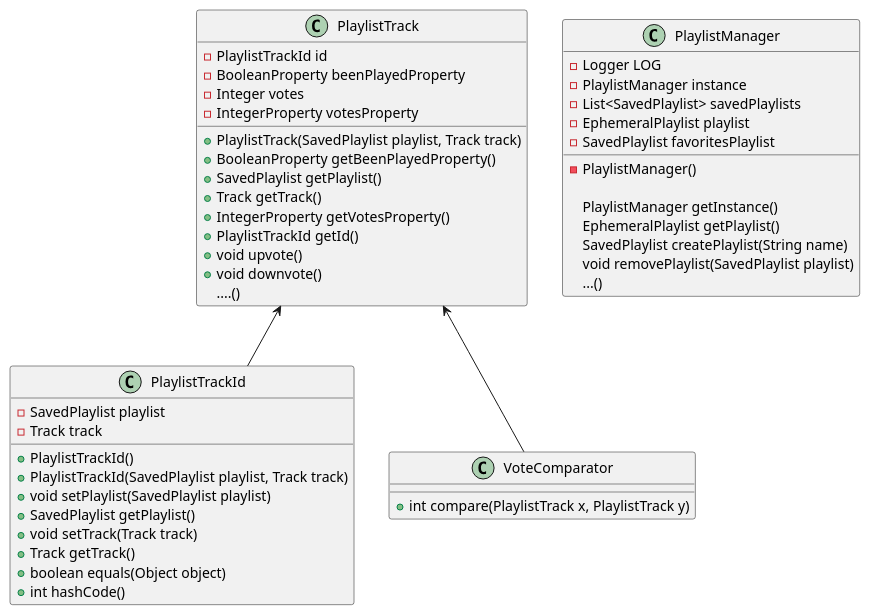
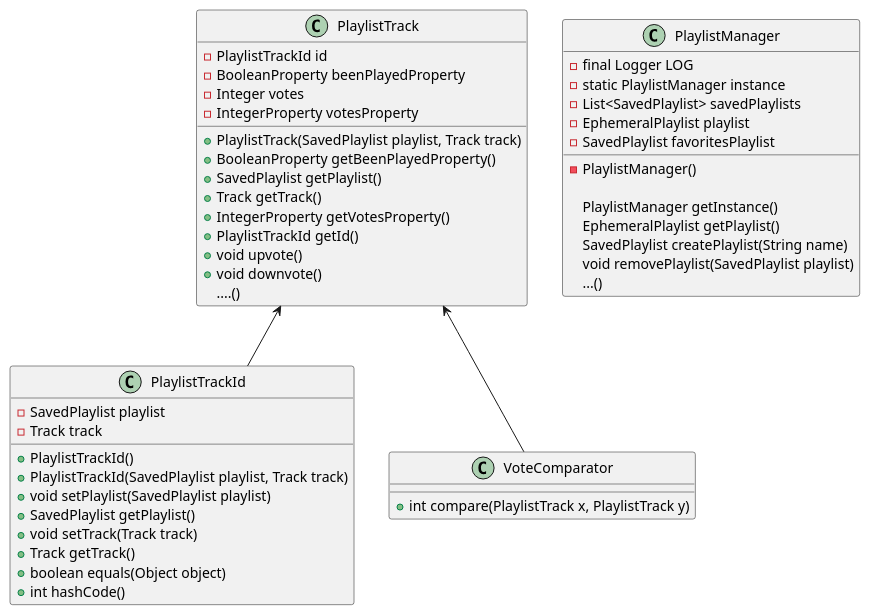
Before and after one commit to heig-vd-pro2017/projet: the diagram in doc/PRO/Diagramme_UMLs/playlist.puml, drawn with PlantUML. The commit also changed 6 other files, not shown here.

Commit message:
diagramm all package

```diff
--- a/doc/PRO/Diagramme_UMLs/playlist.puml
+++ b/doc/PRO/Diagramme_UMLs/playlist.puml
@@ -1,64 +1,64 @@
 @startuml
 
 
 class PlaylistTrackId{
 - SavedPlaylist playlist
 - Track track
 + PlaylistTrackId()
 + PlaylistTrackId(SavedPlaylist playlist, Track track)
 + void setPlaylist(SavedPlaylist playlist)
 + SavedPlaylist getPlaylist()
 + void setTrack(Track track)
 + Track getTrack()
 +boolean equals(Object object)
 +int hashCode()
 
 }
 
 class PlaylistTrack{
 - PlaylistTrackId id
 - BooleanProperty beenPlayedProperty
 - Integer votes
 - IntegerProperty votesProperty
 +PlaylistTrack(SavedPlaylist playlist, Track track)
 +BooleanProperty getBeenPlayedProperty()
 +SavedPlaylist getPlaylist()
 +Track getTrack()
 +IntegerProperty getVotesProperty()
 +PlaylistTrackId getId()
 + void upvote()
 + void downvote()
 ....()
 
 
 
 }
 
 class VoteComparator{
 + int compare(PlaylistTrack x, PlaylistTrack y)
 
 }
 
 class PlaylistManager{
-- Logger LOG
--PlaylistManager instance
+- final Logger LOG
+-static PlaylistManager instance
 -List<SavedPlaylist> savedPlaylists
 -EphemeralPlaylist playlist
 -SavedPlaylist favoritesPlaylist
 -PlaylistManager()
 
 PlaylistManager getInstance()
 EphemeralPlaylist getPlaylist()
 SavedPlaylist createPlaylist(String name)
 void removePlaylist(SavedPlaylist playlist)
 ...()
 }
 
 PlaylistTrack <-- PlaylistTrackId
 
 PlaylistTrack <-- VoteComparator
 
 
 
 
 @enduml
```
